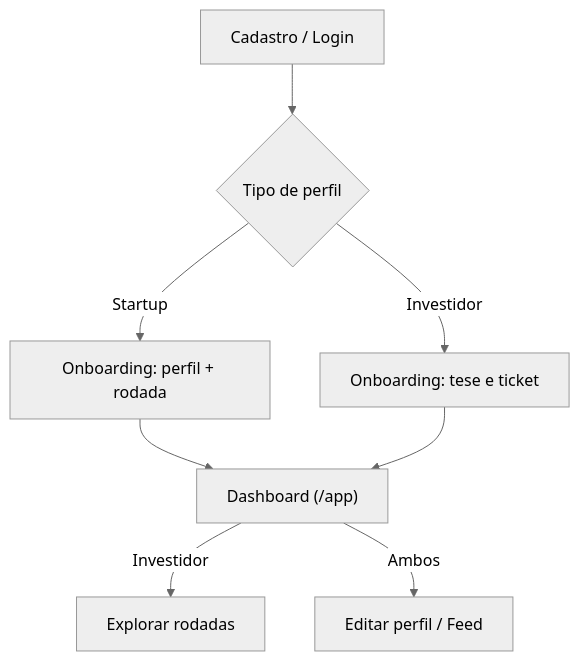
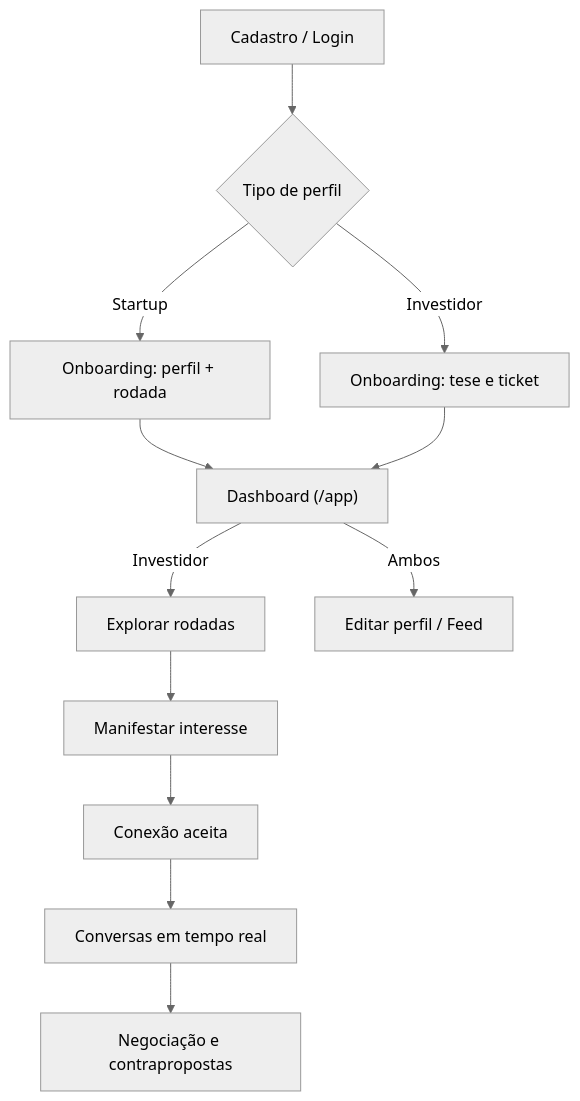
The diagram in README.md (EduardoSoares13945/altura), drawn with Mermaid (neutral theme) before and after one commit. The commit also changed other lines of this file and 1 other file, not shown here.

````diff
--- a/README.md
+++ b/README.md
@@ -69,10 +80,14 @@
 ```mermaid
 flowchart TD
     A["Cadastro / Login"] --> B{"Tipo de perfil"}
     B -->|Startup| C["Onboarding: perfil + rodada"]
     B -->|Investidor| D["Onboarding: tese e ticket"]
     C --> E["Dashboard (/app)"]
     D --> E
     E -->|Investidor| F["Explorar rodadas"]
     E -->|Ambos| G["Editar perfil / Feed"]
+    F --> H["Manifestar interesse"]
+    H --> I["Conexão aceita"]
+    I --> J["Conversas em tempo real"]
+    J --> K["Negociação e contrapropostas"]
 ```
````
